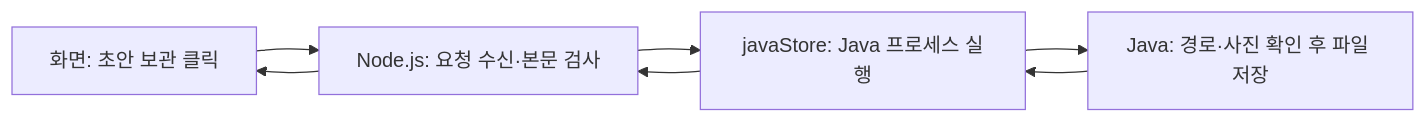
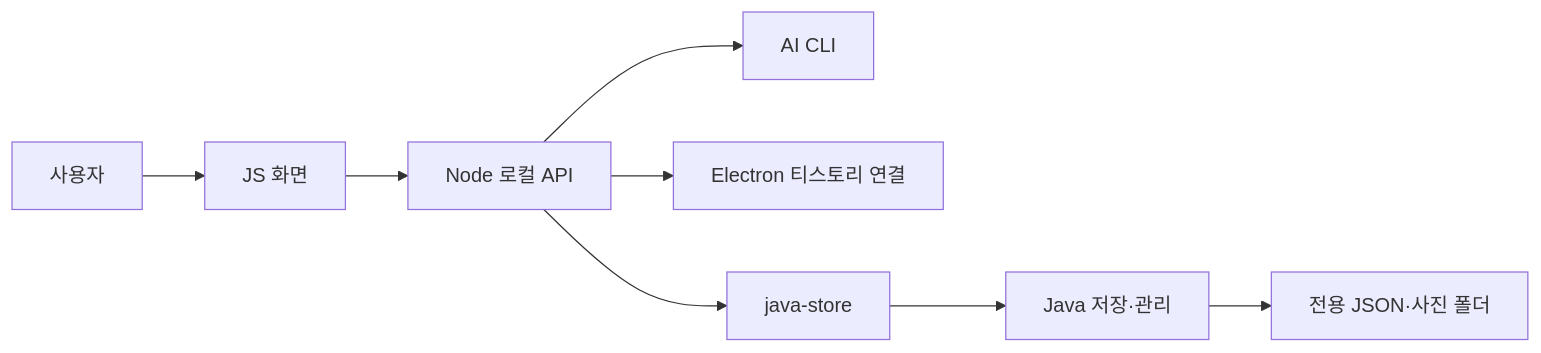
The diagram in README.md (Hlxecz/software-engineering-dev), drawn with Mermaid before and after one commit. The commit also changed other lines of this file and 138 other files, not shown here.

````diff
--- a/README.md
+++ b/README.md
@@ -31,9 +56,10 @@
 ```mermaid
 flowchart LR
-  U["화면: 초안 보관 클릭"] --> N["Node.js: 요청 수신·본문 검사"]
-  N --> B["javaStore: Java 프로세스 실행"]
-  B --> J["Java: 경로·사진 확인 후 파일 저장"]
-  J --> B
-  B --> N
-  N --> U
+ U[사용자] --> UI[JS 화면]
+ UI --> N[Node 로컬 API]
+ N --> A[AI CLI]
+ N --> E[Electron 티스토리 연결]
+ N --> B[java-store]
+ B --> J[Java 저장·관리]
+ J --> F[전용 JSON·사진 폴더]
 ```
````
